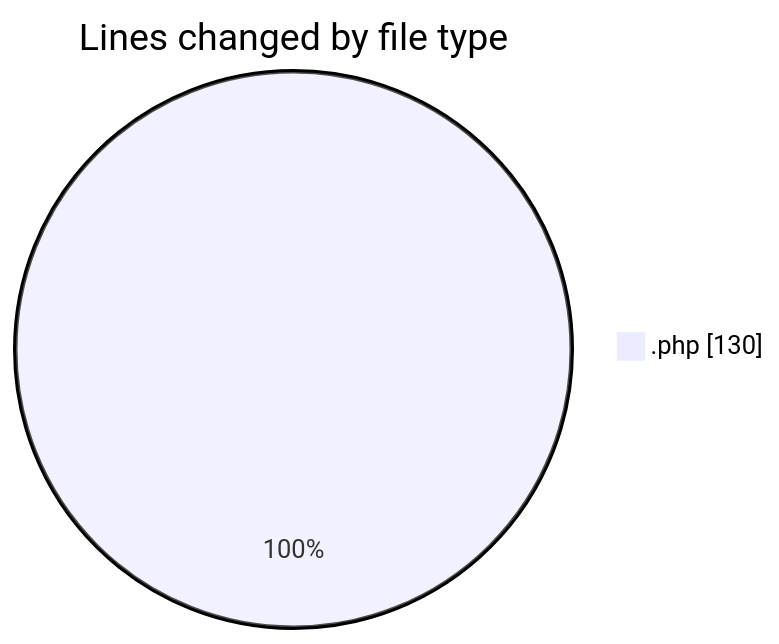
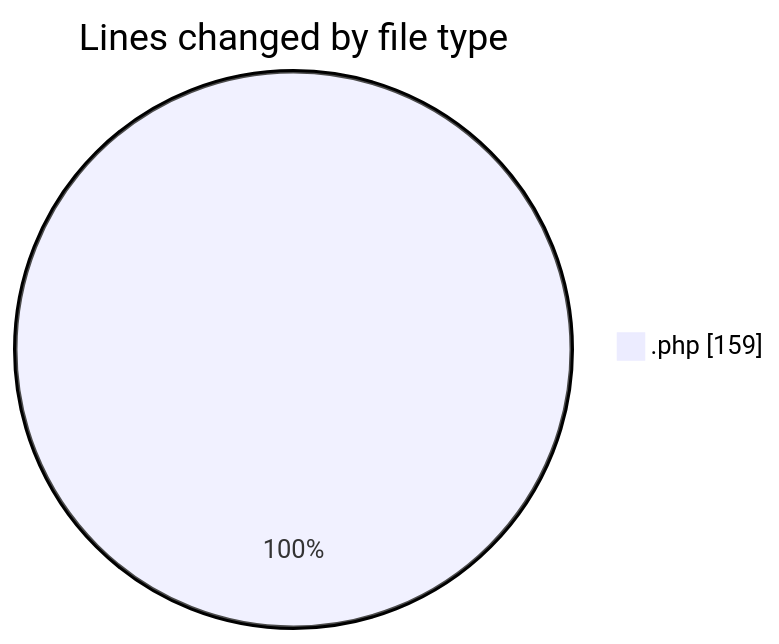
The first of 2 diagrams in 2026-09-10/web/README.md (LanceThiago/code-tracking), drawn with Mermaid before and after one commit. The commit also changed other lines of this file and 1 other file, not shown here.

````diff
--- a/2026-09-10/web/README.md
+++ b/2026-09-10/web/README.md
@@ -20,5 +20,5 @@
 ```mermaid
 pie showData
 title Lines changed by file type
-".php" : 130
+".php" : 159
 ```
````
